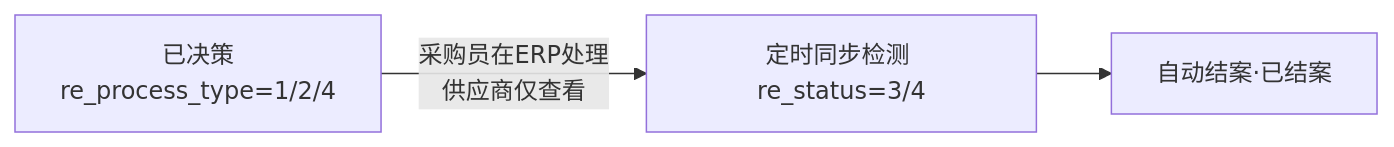
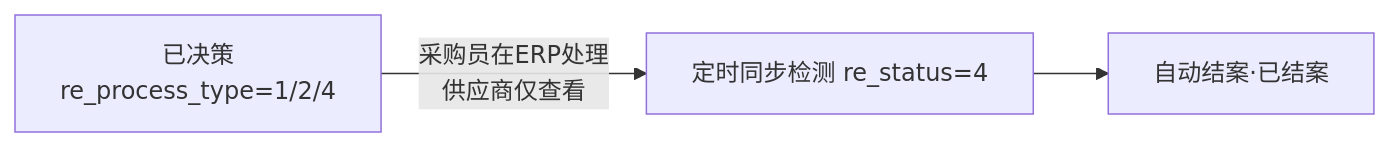
Before and after one commit to 1xiexietao/ClaudeCode: the fourth of 6 diagrams in PRD文档/采购异常协作迭代PRD.md, drawn with Mermaid. The commit also changed other lines of this file and 1 other file, not shown here.

````diff
--- a/PRD文档/采购异常协作迭代PRD.md
+++ b/PRD文档/采购异常协作迭代PRD.md
@@ -105,5 +106,5 @@
 ```mermaid
 flowchart LR
-    A["已决策<br/>re_process_type=1/2/4"] -->|"采购员在ERP处理<br/>供应商仅查看"| B["定时同步检测 re_status=3/4"]
+    A["已决策<br/>re_process_type=1/2/4"] -->|"采购员在ERP处理<br/>供应商仅查看"| B["定时同步检测 re_status=4"]
     B --> C["自动结案·已结案"]
 ```
````
